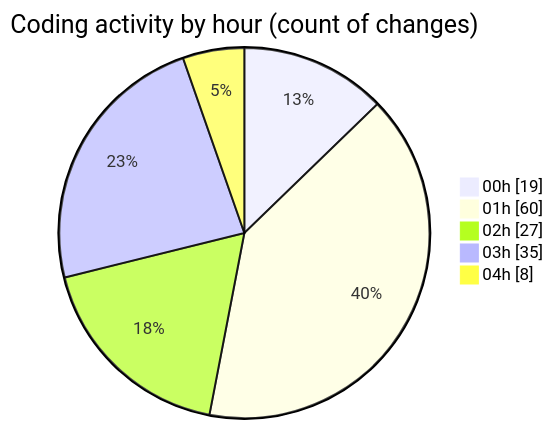
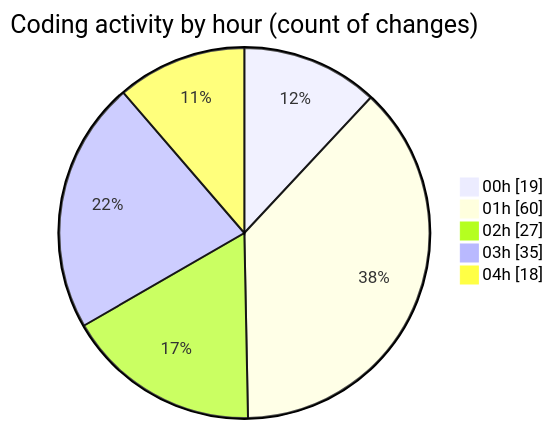
The second of 2 diagrams in 2025-07-25/quanlyrapchieuphim-1/README.md (lephambinh05/code-tracking), drawn with Mermaid before and after one commit. The commit also changed other lines of this file and 1 other file, not shown here.

````diff
--- a/2025-07-25/quanlyrapchieuphim-1/README.md
+++ b/2025-07-25/quanlyrapchieuphim-1/README.md
@@ -35,9 +36,9 @@
 ```mermaid
 pie showData
 title Coding activity by hour (count of changes)
 "00h" : 19
 "01h" : 60
 "02h" : 27
 "03h" : 35
-"04h" : 8
+"04h" : 18
 ```
````
